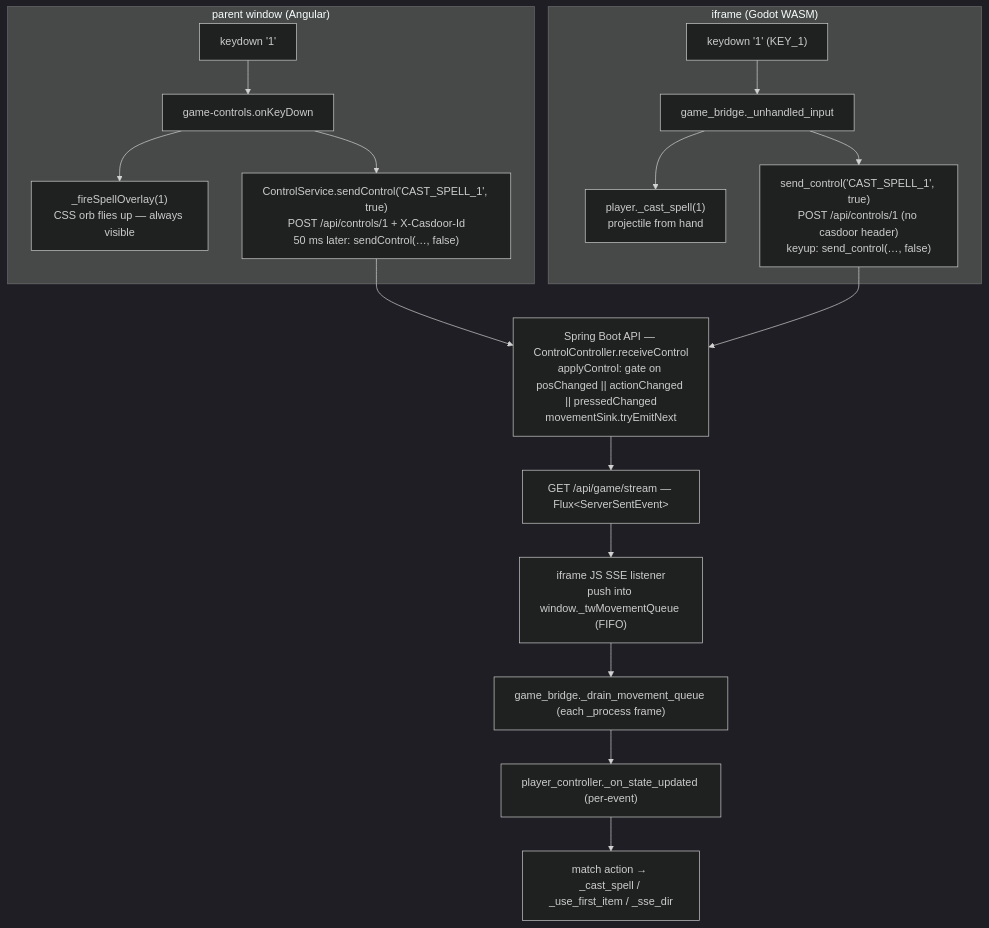
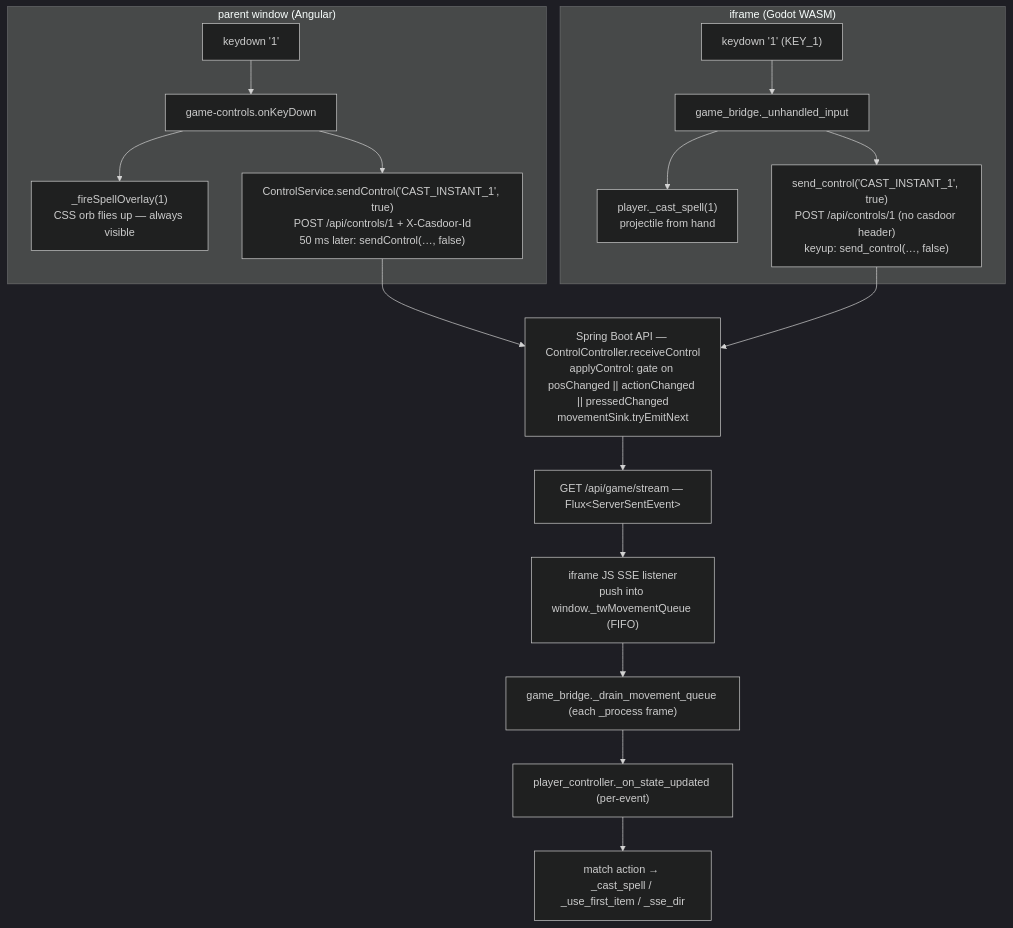
Before and after one commit to hugmesh/hugmesh-games: the fourth of 46 diagrams in README.md, drawn with Mermaid (dark theme). The commit also changed other lines of this file and 6 other files, not shown here.

First line of the commit message:
docs: refresh README + architecture wiki to current channel/remote reality

````diff
--- a/README.md
+++ b/README.md
@@ -256,30 +260,30 @@
 ```mermaid
 flowchart TB
     subgraph parent["parent window (Angular)"]
         PK["keydown '1'"]
         POnKey["game-controls.onKeyDown"]
         POverlay["_fireSpellOverlay(1)<br/>CSS orb flies up — always visible"]
-        PSend["ControlService.sendControl('CAST_SPELL_1', true)<br/>POST /api/controls/1 + X-Casdoor-Id<br/>50 ms later: sendControl(…, false)"]
+        PSend["ControlService.sendControl('CAST_INSTANT_1', true)<br/>POST /api/controls/1 + X-Casdoor-Id<br/>50 ms later: sendControl(…, false)"]
         PK --> POnKey
         POnKey --> POverlay
         POnKey --> PSend
     end
     subgraph frame["iframe (Godot WASM)"]
         FK["keydown '1' (KEY_1)"]
         FInput["game_bridge._unhandled_input"]
         FCast["player._cast_spell(1)<br/>projectile from hand"]
-        FSend["send_control('CAST_SPELL_1', true)<br/>POST /api/controls/1 (no casdoor header)<br/>keyup: send_control(…, false)"]
+        FSend["send_control('CAST_INSTANT_1', true)<br/>POST /api/controls/1 (no casdoor header)<br/>keyup: send_control(…, false)"]
         FK --> FInput
         FInput --> FCast
         FInput --> FSend
     end
     API["Spring Boot API — ControlController.receiveControl<br/>applyControl: gate on posChanged || actionChanged || pressedChanged<br/>movementSink.tryEmitNext"]
     Stream["GET /api/game/stream — Flux&lt;ServerSentEvent&gt;"]
     SSE["iframe JS SSE listener<br/>push into window._twMovementQueue (FIFO)"]
     Drain["game_bridge._drain_movement_queue (each _process frame)"]
     OnState["player_controller._on_state_updated (per-event)"]
     Match["match action → _cast_spell / _use_first_item / _sse_dir"]
     PSend --> API
     FSend --> API
     API --> Stream --> SSE --> Drain --> OnState --> Match
 ```
````
